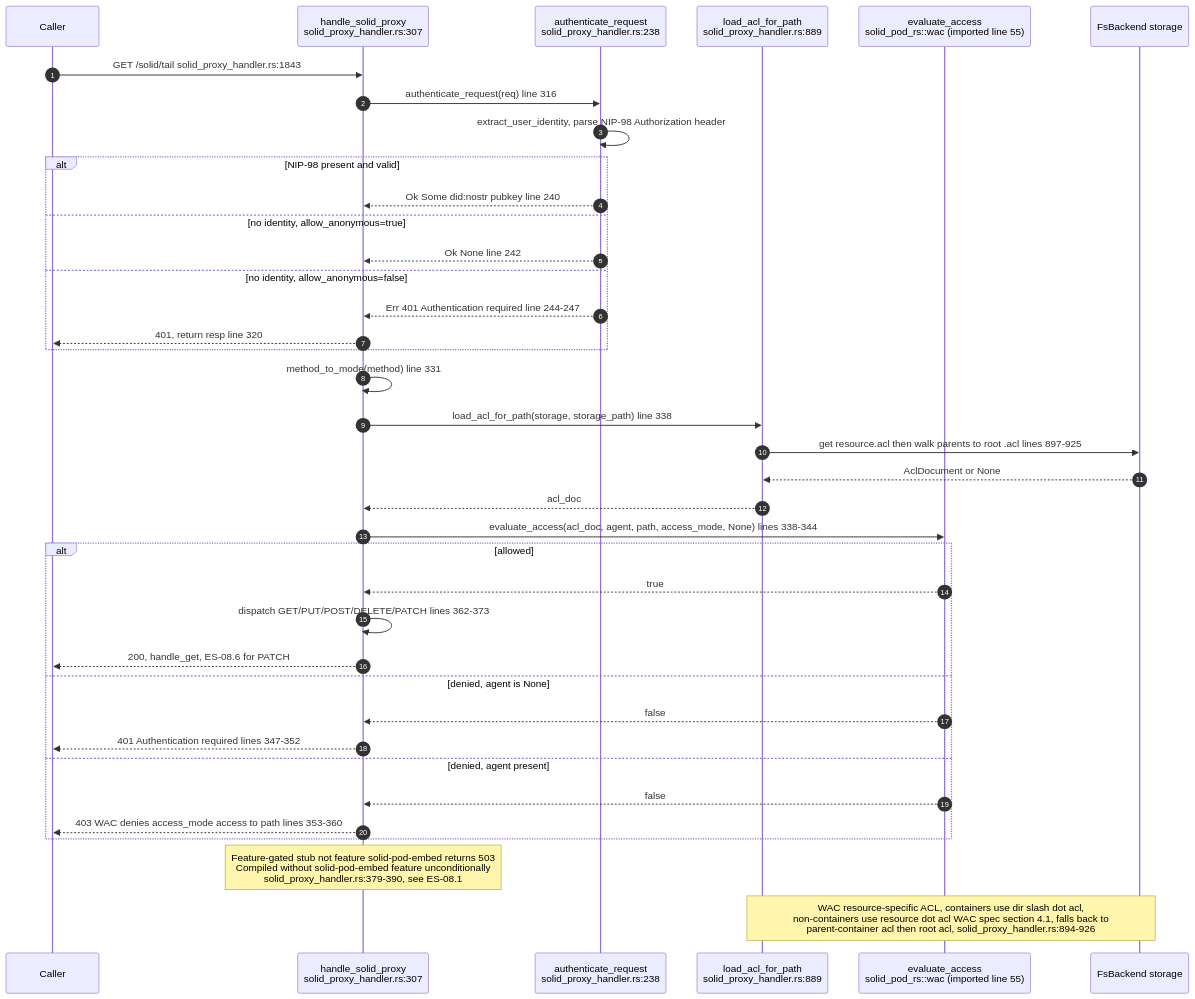
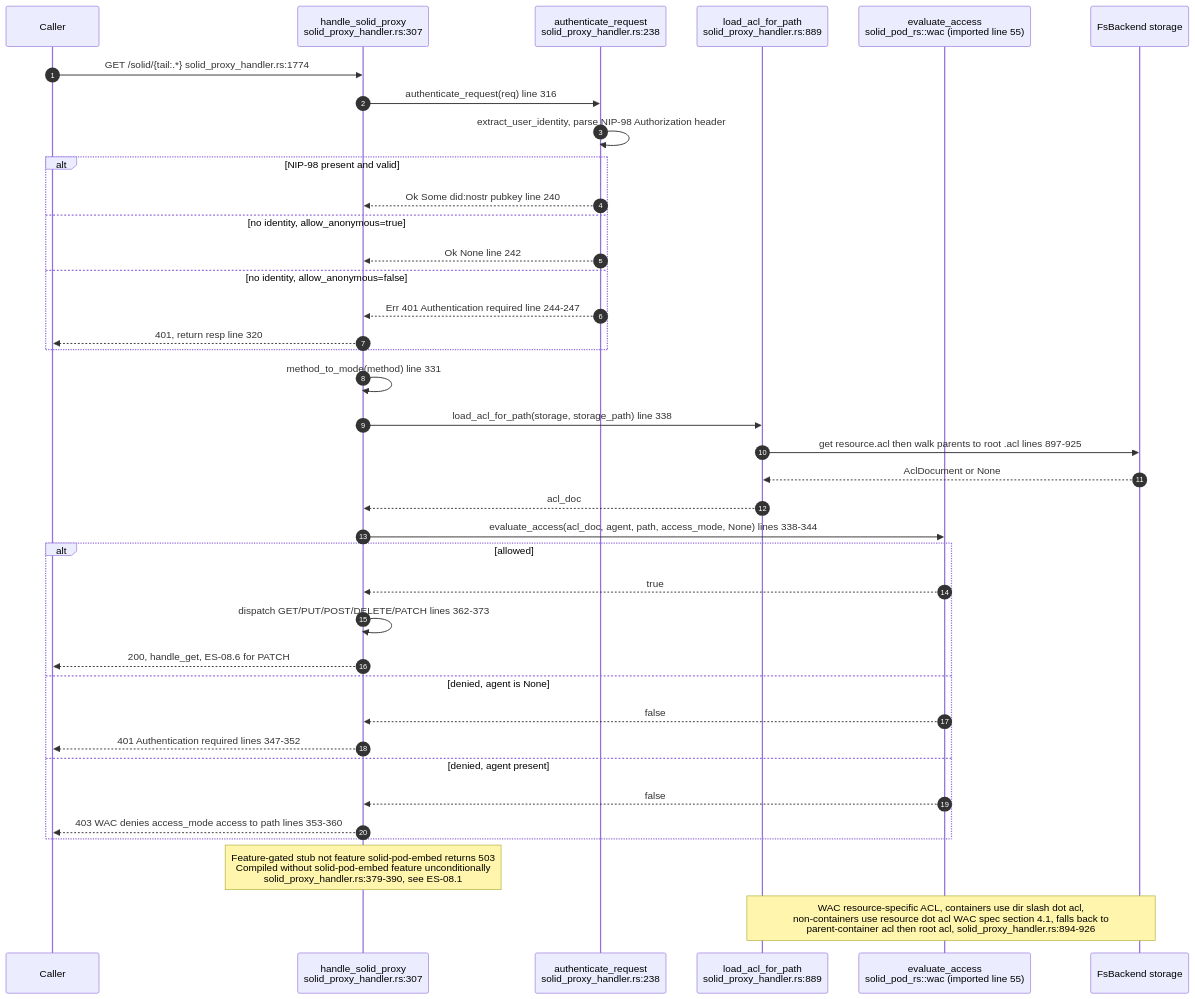
One commit to DreamLab-AI/AR-AI-Knowledge-Graph changed the fourth of 10 diagrams in docs/diagrams/estate/08-solid-pod-estate.md. Above: the diagram before and after it, drawn with Mermaid. The commit also changed other lines of this file and 73 other files, not shown here.

First line of the commit message:
docs(diagrams): re-verify all 71 topic files against HEAD; add --cite-check

````diff
--- a/docs/diagrams/estate/08-solid-pod-estate.md
+++ b/docs/diagrams/estate/08-solid-pod-estate.md
@@ -159,44 +161,44 @@
 ```mermaid
 sequenceDiagram
     autonumber
     participant C as Caller
     participant H as handle_solid_proxy<br/>solid_proxy_handler.rs:307
     participant AUTH as authenticate_request<br/>solid_proxy_handler.rs:238
     participant ACL as load_acl_for_path<br/>solid_proxy_handler.rs:889
     participant WAC as evaluate_access<br/>solid_pod_rs::wac (imported line 55)
     participant FS as FsBackend storage
 
-    C->>H: GET /solid/tail solid_proxy_handler.rs:1843
+    C->>H: GET /solid/{tail:.*} solid_proxy_handler.rs:1774
     H->>AUTH: authenticate_request(req) line 316
     AUTH->>AUTH: extract_user_identity, parse NIP-98 Authorization header
     alt NIP-98 present and valid
         AUTH-->>H: Ok Some did:nostr pubkey line 240
     else no identity, allow_anonymous=true
         AUTH-->>H: Ok None line 242
     else no identity, allow_anonymous=false
         AUTH-->>H: Err 401 Authentication required line 244-247
         H-->>C: 401, return resp line 320
     end
 
     H->>H: method_to_mode(method) line 331
     H->>ACL: load_acl_for_path(storage, storage_path) line 338
     ACL->>FS: get resource.acl then walk parents to root .acl lines 897-925
     FS-->>ACL: AclDocument or None
     ACL-->>H: acl_doc
 
     H->>WAC: evaluate_access(acl_doc, agent, path, access_mode, None) lines 338-344
     alt allowed
         WAC-->>H: true
         H->>H: dispatch GET/PUT/POST/DELETE/PATCH lines 362-373
         H-->>C: 200, handle_get, ES-08.6 for PATCH
     else denied, agent is None
         WAC-->>H: false
         H-->>C: 401 Authentication required lines 347-352
     else denied, agent present
         WAC-->>H: false
         H-->>C: 403 WAC denies access_mode access to path lines 353-360
     end
 
     Note over H: Feature-gated stub not feature solid-pod-embed returns 503<br/>Compiled without solid-pod-embed feature unconditionally<br/>solid_proxy_handler.rs:379-390, see ES-08.1
     Note over ACL,FS: WAC resource-specific ACL, containers use dir slash dot acl,<br/>non-containers use resource dot acl WAC spec section 4.1, falls back to<br/>parent-container acl then root acl, solid_proxy_handler.rs:894-926
 ```
````
